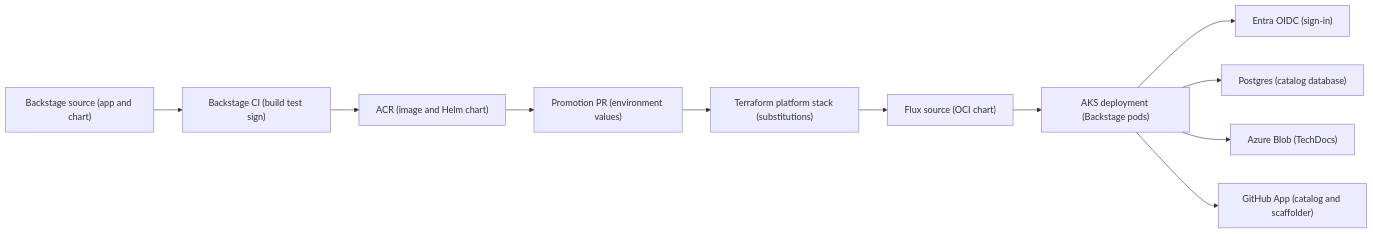
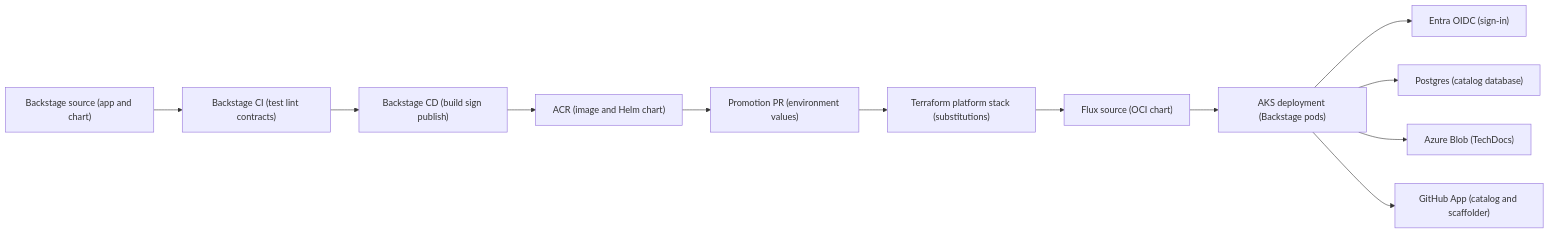
The first of 3 diagrams in docs/how-it-works/developer-portal.md (edinc/platform-engineering-landing-zone), drawn with Mermaid before and after one commit. The commit also changed other lines of this file and 10 other files, not shown here.

````diff
--- a/docs/how-it-works/developer-portal.md
+++ b/docs/how-it-works/developer-portal.md
@@ -9,13 +9,14 @@
 ```mermaid
 flowchart LR
-    A["Backstage source (app and chart)"] --> B["Backstage CI (build test sign)"]
-    B --> C["ACR (image and Helm chart)"]
+    A["Backstage source (app and chart)"] --> B["Backstage CI (test lint contracts)"]
+    B --> CD["Backstage CD (build sign publish)"]
+    CD --> C["ACR (image and Helm chart)"]
     C --> D["Promotion PR (environment values)"]
     D --> E["Terraform platform stack (substitutions)"]
     E --> F["Flux source (OCI chart)"]
     F --> G["AKS deployment (Backstage pods)"]
     G --> H["Entra OIDC (sign-in)"]
     G --> I["Postgres (catalog database)"]
     G --> J["Azure Blob (TechDocs)"]
     G --> K["GitHub App (catalog and scaffolder)"]
 ```
````
